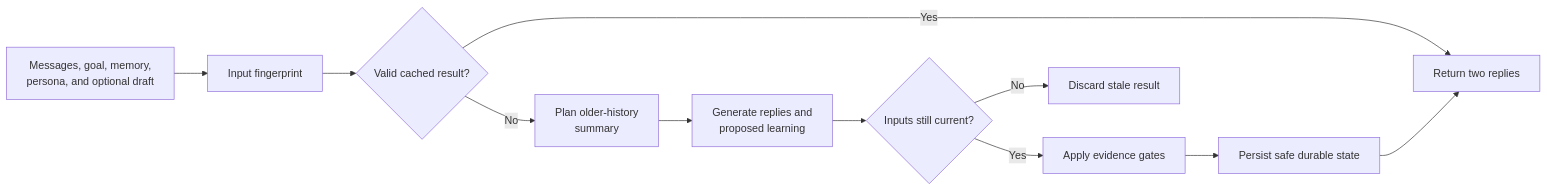
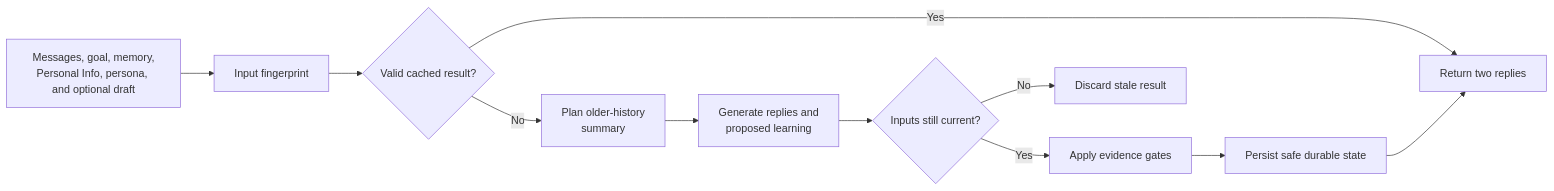
The fourth of 4 diagrams in docs/ai-workflows.md (fanjin-z/framereply), drawn with Mermaid before and after one commit. The commit also changed other lines of this file and 26 other files, not shown here.

Commit message:
feat: add account-wide Personal Info containing durable facts about the user

````diff
--- a/docs/ai-workflows.md
+++ b/docs/ai-workflows.md
@@ -92,18 +92,18 @@
 ```mermaid
 flowchart LR
-    Grounding[Messages, goal, memory,<br/>persona, and optional draft]
+    Grounding[Messages, goal, memory,<br/>Personal Info, persona, and optional draft]
     Fingerprint[Input fingerprint]
     Cache{Valid cached result?}
     Summary[Plan older-history<br/>summary]
     Generate[Generate replies and<br/>proposed learning]
     Current{Inputs still current?}
     Evidence[Apply evidence gates]
     Durable[Persist safe durable state]
     Replies[Return two replies]
 
     Grounding --> Fingerprint --> Cache
     Cache -->|Yes| Replies
     Cache -->|No| Summary --> Generate --> Current
     Current -->|No| Discard[Discard stale result]
     Current -->|Yes| Evidence --> Durable --> Replies
 ```
````
